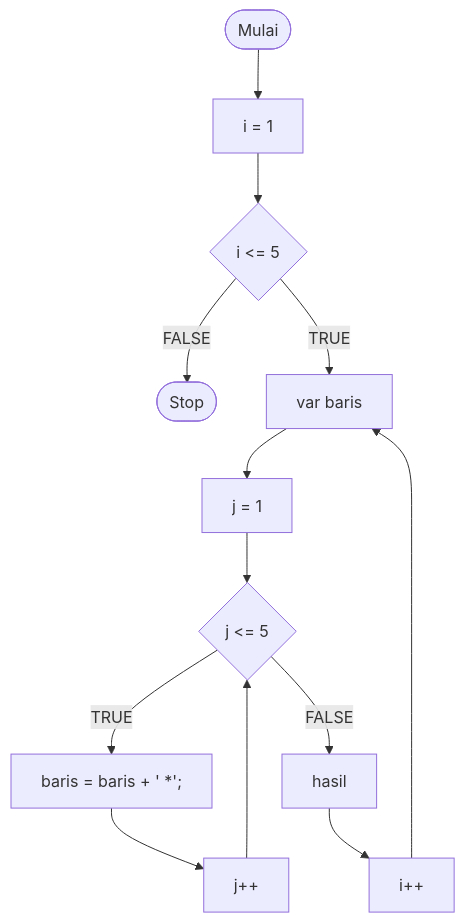
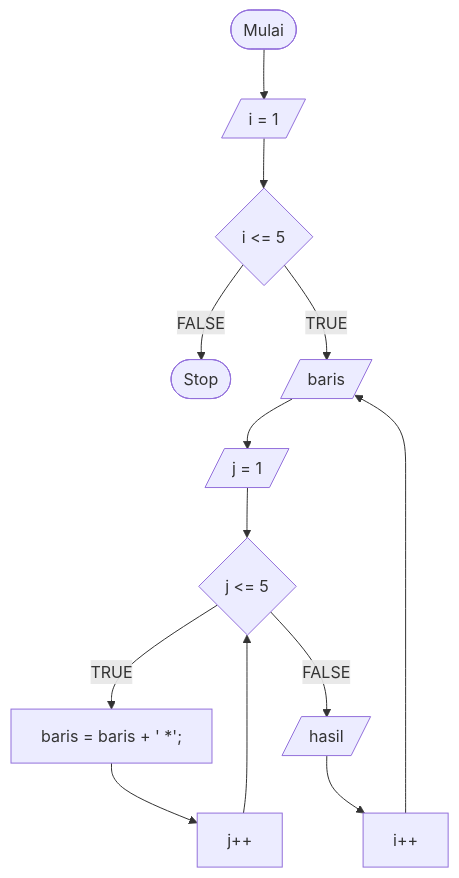
The first of 2 diagrams in README.md (whyu07/koda-b10-javascript3), drawn with Mermaid before and after one commit. The commit also changed other lines of this file, not shown here.

Commit message:
Update flowchart syntax in README.md

````diff
--- a/README.md
+++ b/README.md
@@ -1,15 +1,15 @@
 ```mermaid
 flowchart TD
-    A([Mulai]) --> B[i = 1]
+    A([Mulai]) --> B[/i = 1/]
     B --> C{i <= 5}
     C --> |FALSE| Z([Stop])
-    C --> |TRUE| D[var baris]
-    D --> E[j = 1]
+    C --> |TRUE| D[/baris/]
+    D --> E[/j = 1/]
     E --> F{j <= 5}
     F --> |TRUE| G[ baris = baris + ' *';]
     G --> H[j++]
     H --> F
-    F --> |FALSE| J[hasil]
+    F --> |FALSE| J[/hasil/]
     J --> K[i++]
     K --> D
 ```
````
